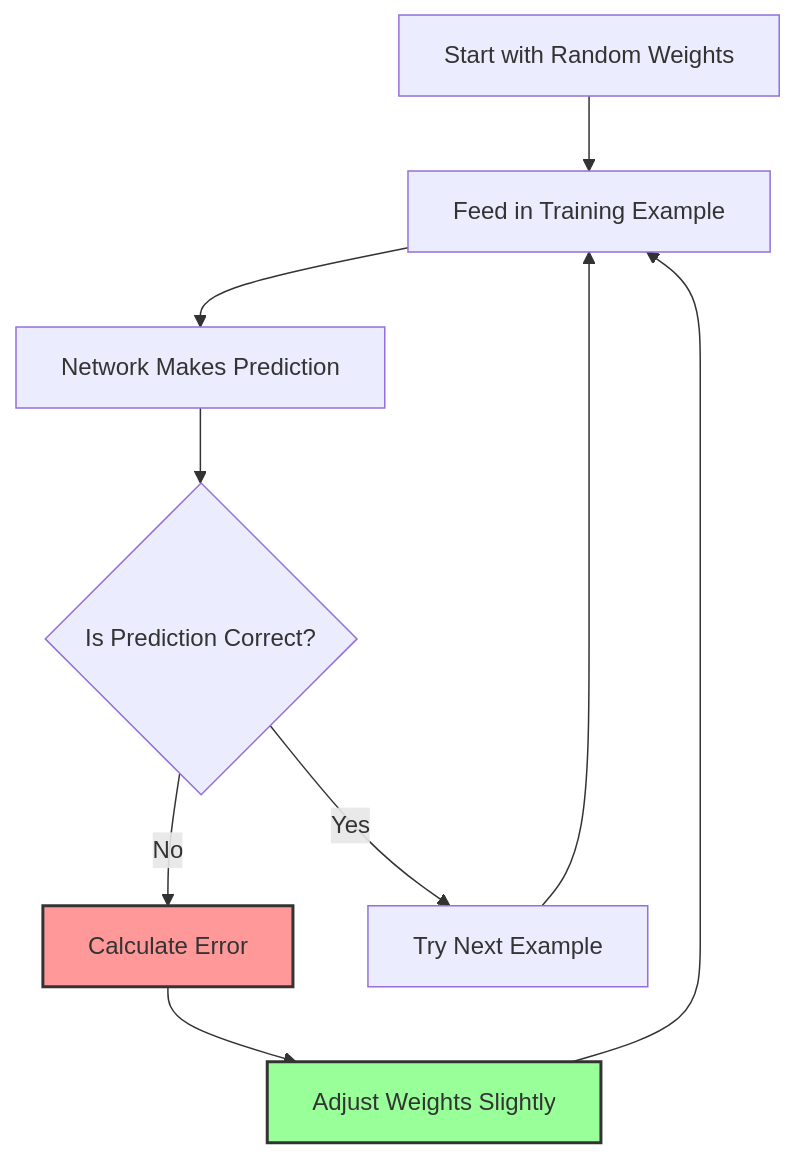
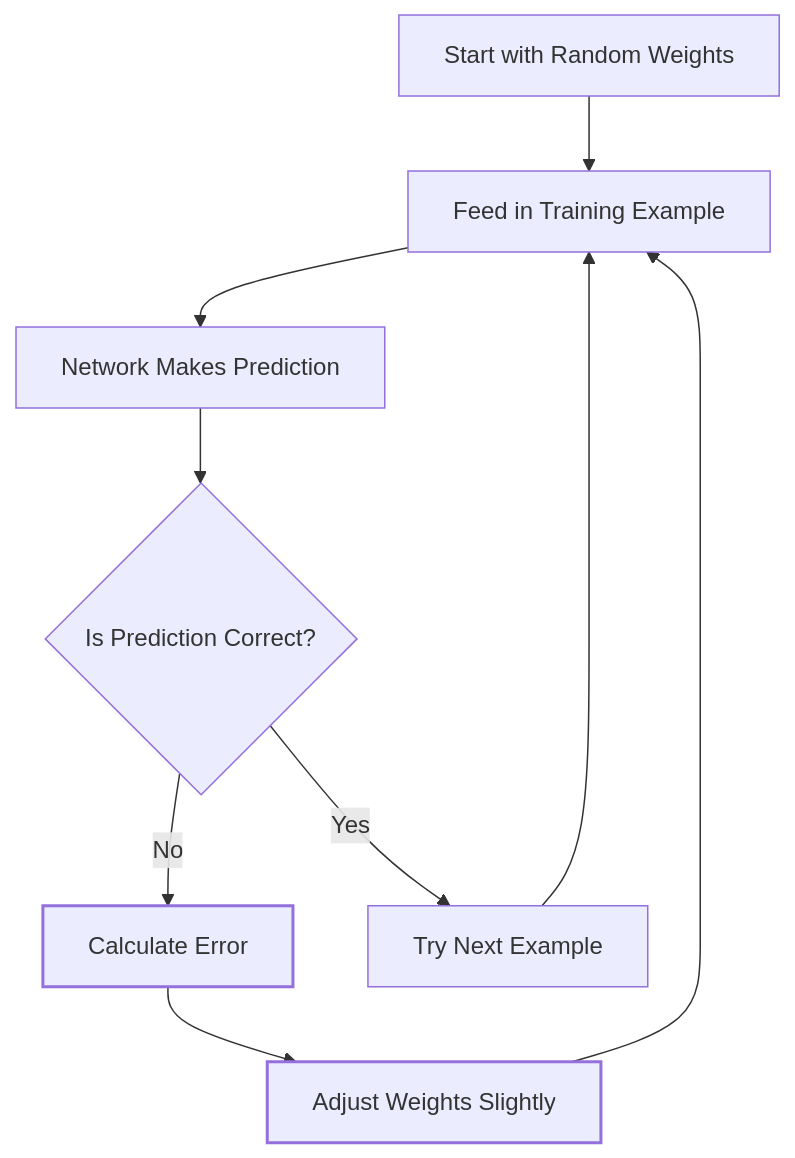
Before and after one commit to Shaddix/mostlylucidweb: the fourth of 15 diagrams in Mostlylucid/Markdown/how-neural-machine-translation-works.md, drawn with Mermaid. The commit also changed other lines of this file and 7 other files, not shown here.

````diff
--- a/Mostlylucid/Markdown/how-neural-machine-translation-works.md
+++ b/Mostlylucid/Markdown/how-neural-machine-translation-works.md
@@ -143,14 +144,14 @@
 ```mermaid
 graph TD
     A[Start with Random Weights] --> B[Feed in Training Example]
     B --> C[Network Makes Prediction]
     C --> D{Is Prediction Correct?}
     D -->|No| E[Calculate Error]
     E --> F[Adjust Weights Slightly]
     F --> B
     D -->|Yes| G[Try Next Example]
     G --> B
 
-    style E fill:#f99,stroke:#333,stroke-width:2px
-    style F fill:#9f9,stroke:#333,stroke-width:2px
+    style E stroke-width:2px
+    style F stroke-width:2px
 ```
````
